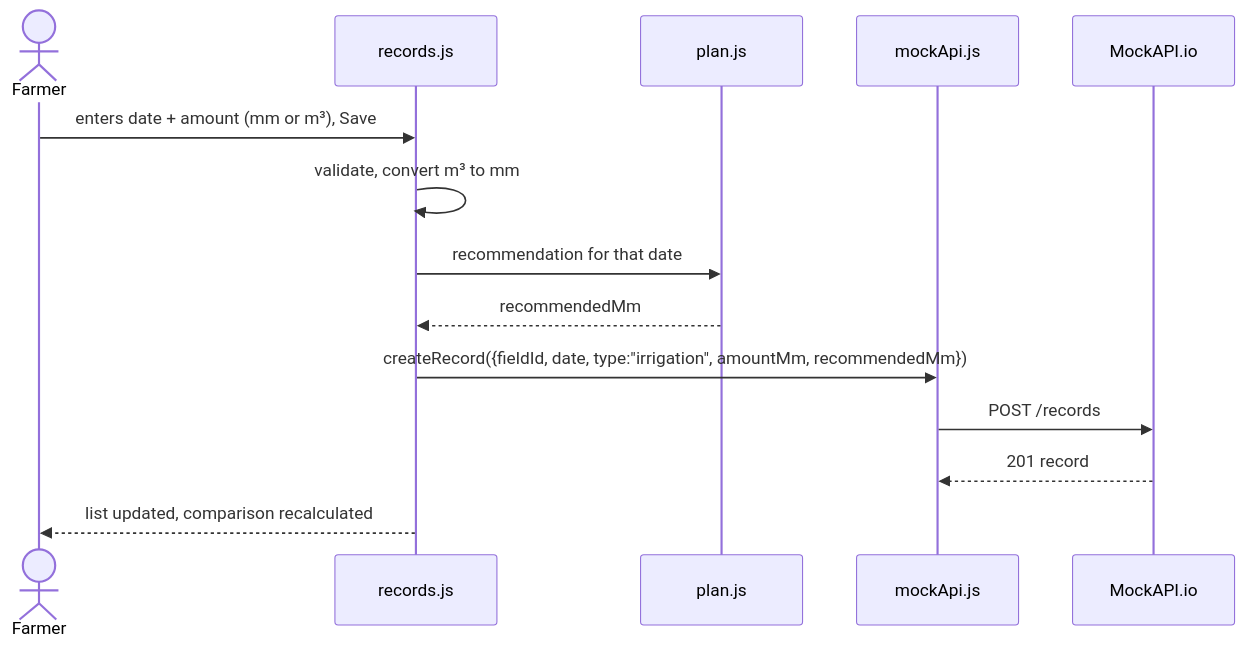
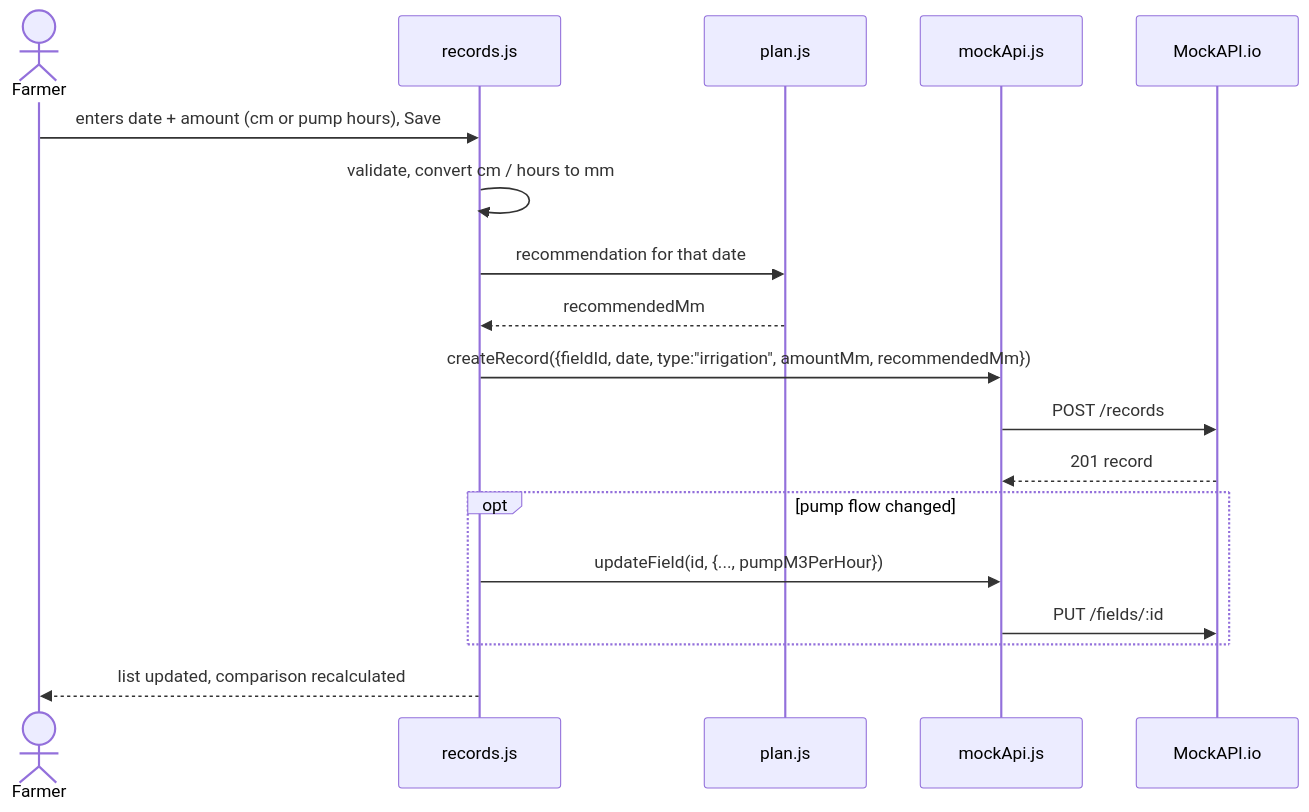
The tenth of 13 diagrams in ARCHITECTURE.md (ViiUnknown/aquaplan), drawn with Mermaid before and after one commit. The commit also changed other lines of this file and 37 other files, not shown here.

````diff
--- a/ARCHITECTURE.md
+++ b/ARCHITECTURE.md
@@ -356,17 +383,21 @@
 ```mermaid
 sequenceDiagram
     actor U as Farmer
     participant V as records.js
     participant MOD as plan.js
     participant MA as mockApi.js
     participant M as MockAPI.io
 
-    U->>V: enters date + amount (mm or m³), Save
-    V->>V: validate, convert m³ to mm
+    U->>V: enters date + amount (cm or pump hours), Save
+    V->>V: validate, convert cm / hours to mm
     V->>MOD: recommendation for that date
     MOD-->>V: recommendedMm
     V->>MA: createRecord({fieldId, date, type:"irrigation", amountMm, recommendedMm})
     MA->>M: POST /records
     M-->>MA: 201 record
+    opt pump flow changed
+        V->>MA: updateField(id, {..., pumpM3PerHour})
+        MA->>M: PUT /fields/:id
+    end
     V-->>U: list updated, comparison recalculated
 ```
````
